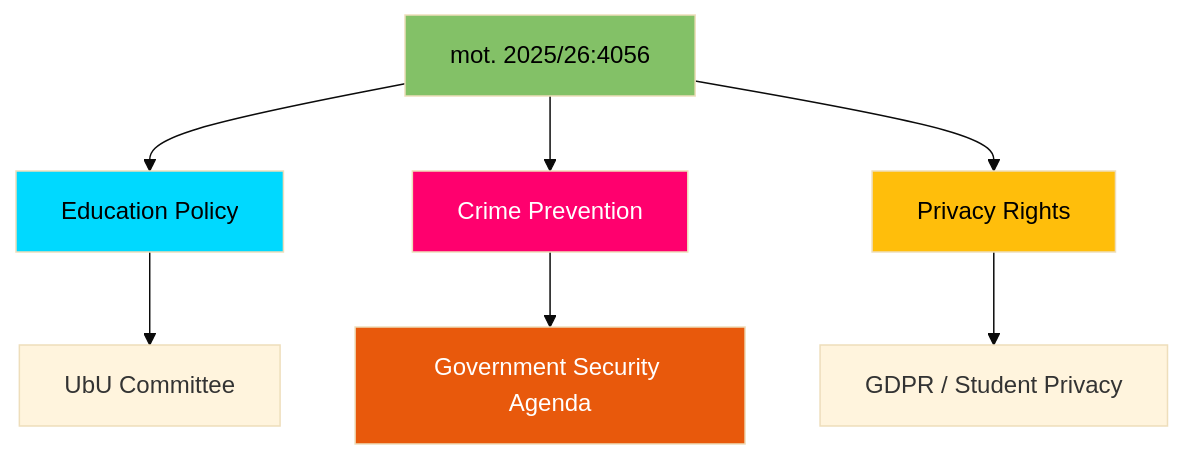
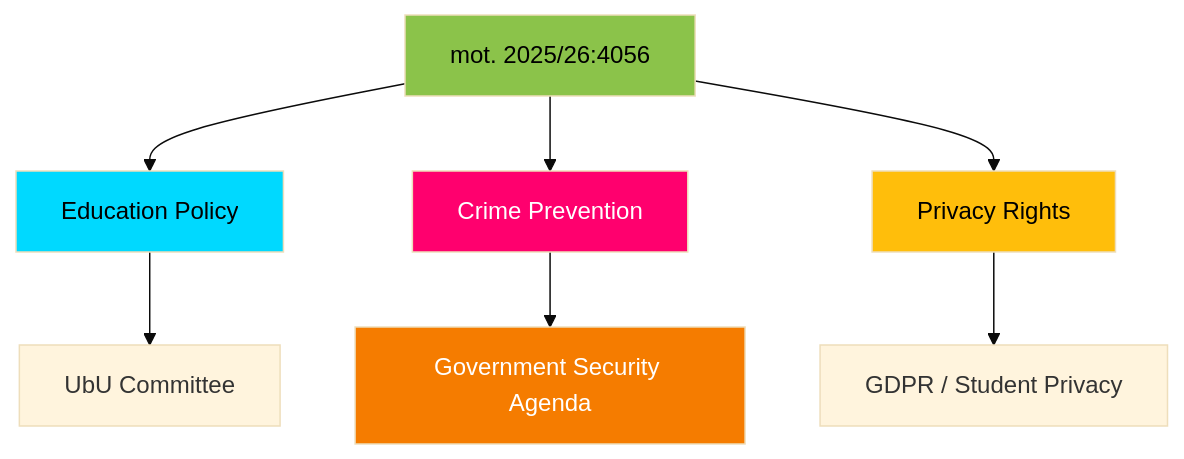
The diagram in analysis/daily/2026-04-13/motions/documents/HD024056-analysis.md (Hack23/riksdagsmonitor), drawn with Mermaid (base theme) before and after one commit. The commit also changed 785 other files, not shown here.

First line of the commit message:
Normalize mermaid colors across 786 analysis artifacts to ISMS Style Guide palette

````diff
--- a/analysis/daily/2026-04-13/motions/documents/HD024056-analysis.md
+++ b/analysis/daily/2026-04-13/motions/documents/HD024056-analysis.md
@@ -25,14 +25,14 @@
 ```mermaid
 graph TD
     A["mot. 2025/26:4056"] --> B["Education Policy"]
     A --> C["Crime Prevention"]
     A --> D["Privacy Rights"]
     B --> E["UbU Committee"]
     C --> F["Government Security Agenda"]
     D --> G["GDPR / Student Privacy"]
-    style A fill:#83c167,color:#000
-    style B fill:#00d9ff,color:#000
-    style C fill:#ff006e,color:#fff
-    style D fill:#ffbe0b,color:#000
-    style F fill:#e8590c,color:#fff
+    style A fill:#8BC34A,color:#000000
+    style B fill:#00d9ff,color:#000000
+    style C fill:#ff006e,color:#FFFFFF
+    style D fill:#ffbe0b,color:#000000
+    style F fill:#F57C00,color:#FFFFFF
 ```
````
